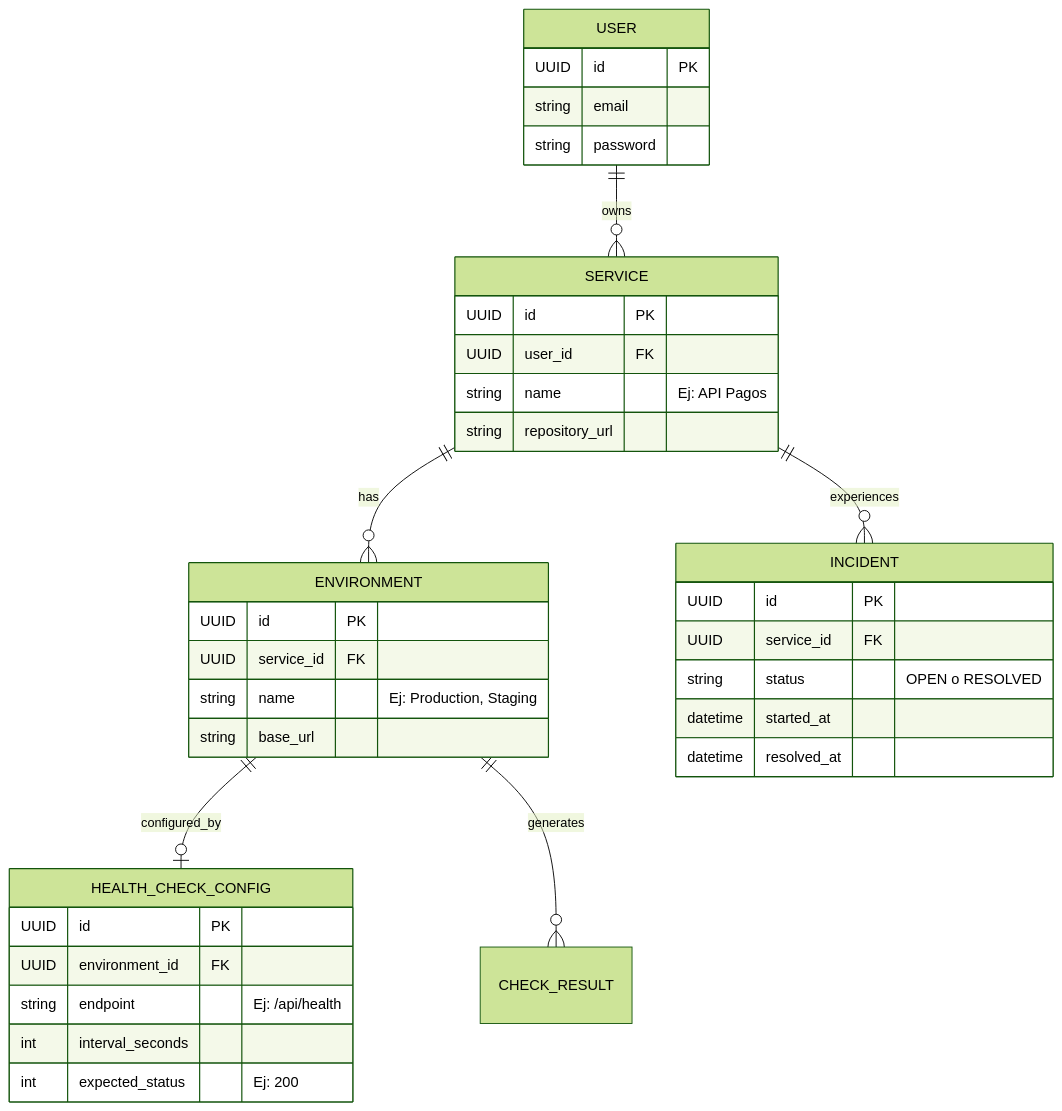
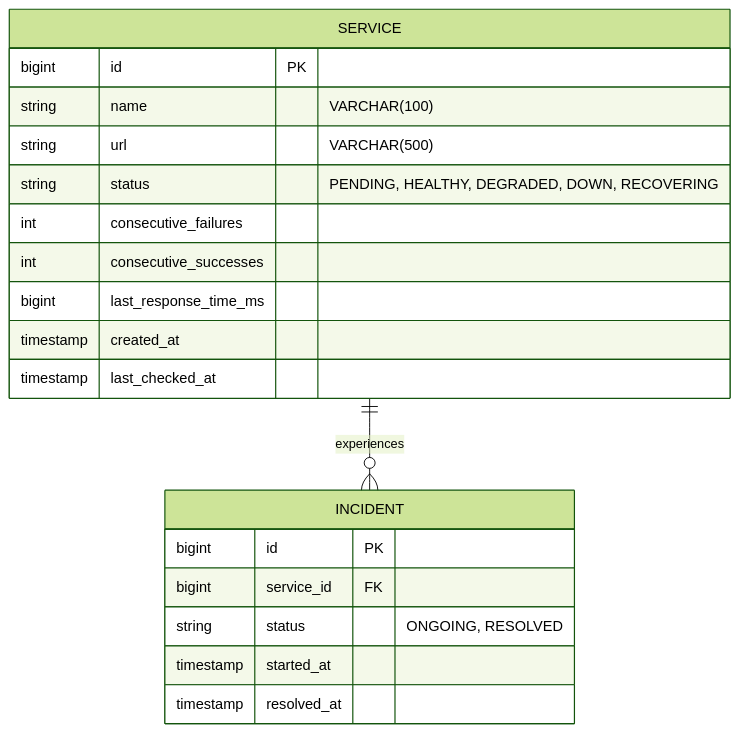
The first of 2 diagrams in docs/DOMAIN_AND_RULES.md (Marcosdaag/deploy-ops), drawn with Mermaid (forest theme) before and after one commit. The commit also changed other lines of this file and 3 other files, not shown here.

````diff
--- a/docs/DOMAIN_AND_RULES.md
+++ b/docs/DOMAIN_AND_RULES.md
@@ -11,44 +12,24 @@
 ```mermaid
 erDiagram
-    USER ||--o{ SERVICE : owns
-    SERVICE ||--o{ ENVIRONMENT : has
     SERVICE ||--o{ INCIDENT : experiences
-    ENVIRONMENT ||--o| HEALTH_CHECK_CONFIG : configured_by
-    ENVIRONMENT ||--o{ CHECK_RESULT : generates
 
-    USER {
-        UUID id PK
-        string email
-        string password
+    SERVICE {
+        bigint id PK
+        string name "VARCHAR(100)"
+        string url "VARCHAR(500)"
+        string status "PENDING, HEALTHY, DEGRADED, DOWN, RECOVERING"
+        int consecutive_failures
+        int consecutive_successes
+        bigint last_response_time_ms
+        timestamp created_at
+        timestamp last_checked_at
     }
-    
-    SERVICE {
-        UUID id PK
-        UUID user_id FK
-        string name "Ej: API Pagos"
-        string repository_url
-    }
-    
-    ENVIRONMENT {
-        UUID id PK
-        UUID service_id FK
-        string name "Ej: Production, Staging"
-        string base_url
-    }
-    
-    HEALTH_CHECK_CONFIG {
-        UUID id PK
-        UUID environment_id FK
-        string endpoint "Ej: /api/health"
-        int interval_seconds
-        int expected_status "Ej: 200"
-    }
-    
+
     INCIDENT {
-        UUID id PK
-        UUID service_id FK
-        string status "OPEN o RESOLVED"
-        datetime started_at
-        datetime resolved_at
+        bigint id PK
+        bigint service_id FK
+        string status "ONGOING, RESOLVED"
+        timestamp started_at
+        timestamp resolved_at
     }
 ```
````
